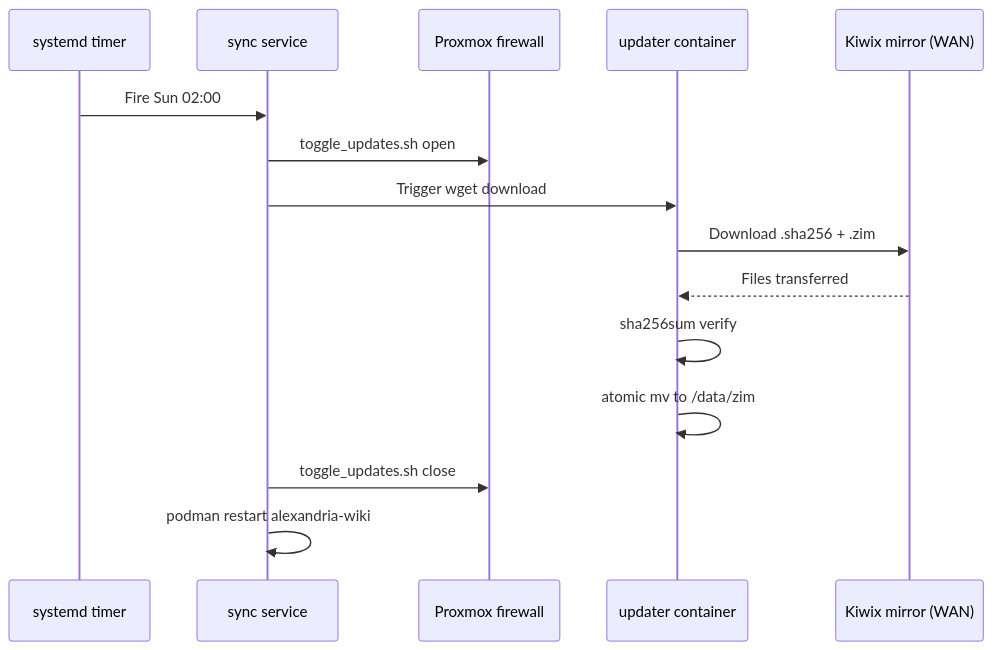
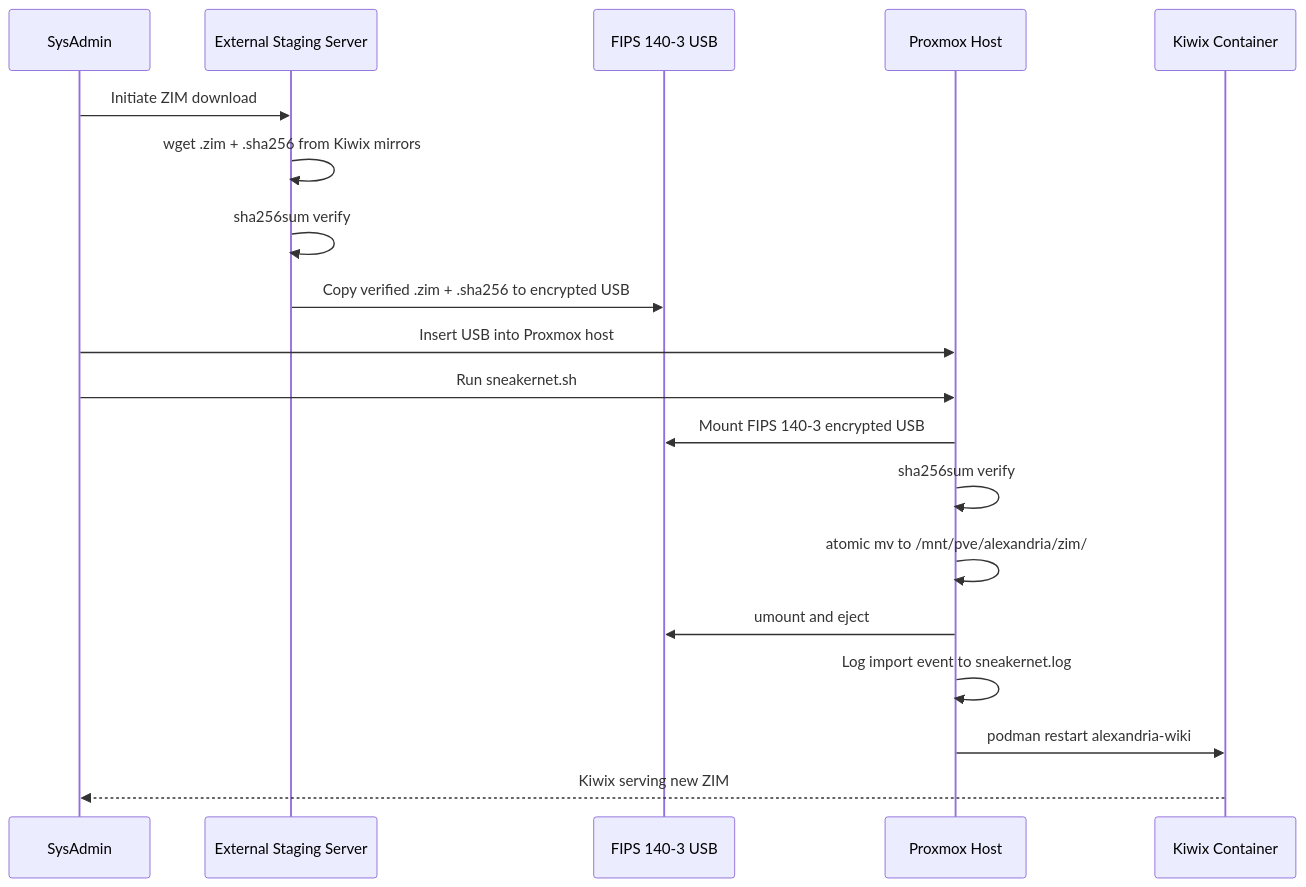
One commit to DXCSithlordPadawan/alexandria changed the fourth of 4 diagrams in docs/architecture.md. Above: the diagram before and after it, drawn with Mermaid. The commit also changed other lines of this file and 20 other files, not shown here.

First line of the commit message:
Replace edge device with external staging server + sneakernet; add CI/CD pipeline and monitoring integration

````diff
--- a/docs/architecture.md
+++ b/docs/architecture.md
@@ -85,18 +82,22 @@
 ```mermaid
 sequenceDiagram
-    participant T as systemd timer
-    participant SS as sync service
-    participant FW as Proxmox firewall
-    participant UP as updater container
-    participant KM as Kiwix mirror (WAN)
+    participant SA as SysAdmin
+    participant STG as External Staging Server
+    participant USB as FIPS 140-3 USB
+    participant HOST as Proxmox Host
+    participant KW as Kiwix Container
 
-    T->>SS: Fire Sun 02:00
-    SS->>FW: toggle_updates.sh open
-    SS->>UP: Trigger wget download
-    UP->>KM: Download .sha256 + .zim
-    KM-->>UP: Files transferred
-    UP->>UP: sha256sum verify
-    UP->>UP: atomic mv to /data/zim
-    SS->>FW: toggle_updates.sh close
-    SS->>SS: podman restart alexandria-wiki
+    SA->>STG: Initiate ZIM download
+    STG->>STG: wget .zim + .sha256 from Kiwix mirrors
+    STG->>STG: sha256sum verify
+    STG->>USB: Copy verified .zim + .sha256 to encrypted USB
+    SA->>HOST: Insert USB into Proxmox host
+    SA->>HOST: Run sneakernet.sh
+    HOST->>USB: Mount FIPS 140-3 encrypted USB
+    HOST->>HOST: sha256sum verify
+    HOST->>HOST: atomic mv to /mnt/pve/alexandria/zim/
+    HOST->>USB: umount and eject
+    HOST->>HOST: Log import event to sneakernet.log
+    HOST->>KW: podman restart alexandria-wiki
+    KW-->>SA: Kiwix serving new ZIM
 ```
````
